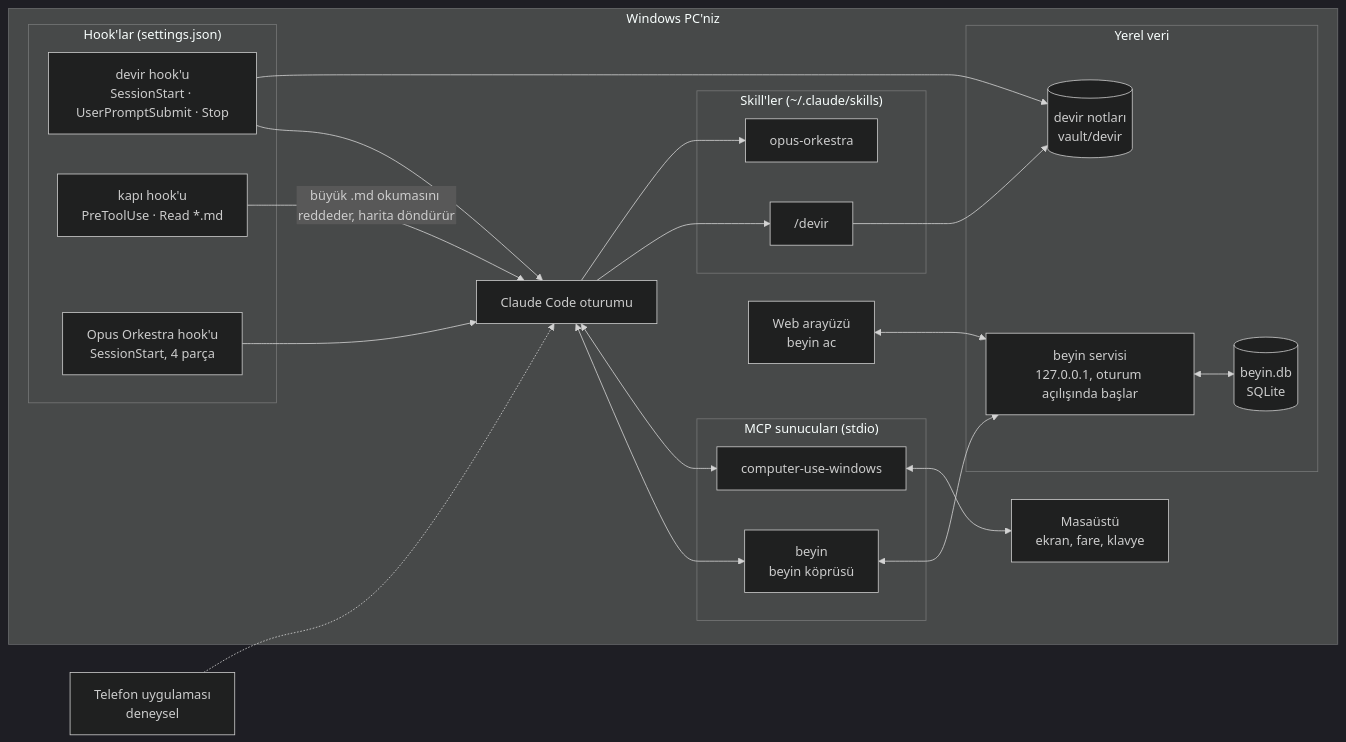
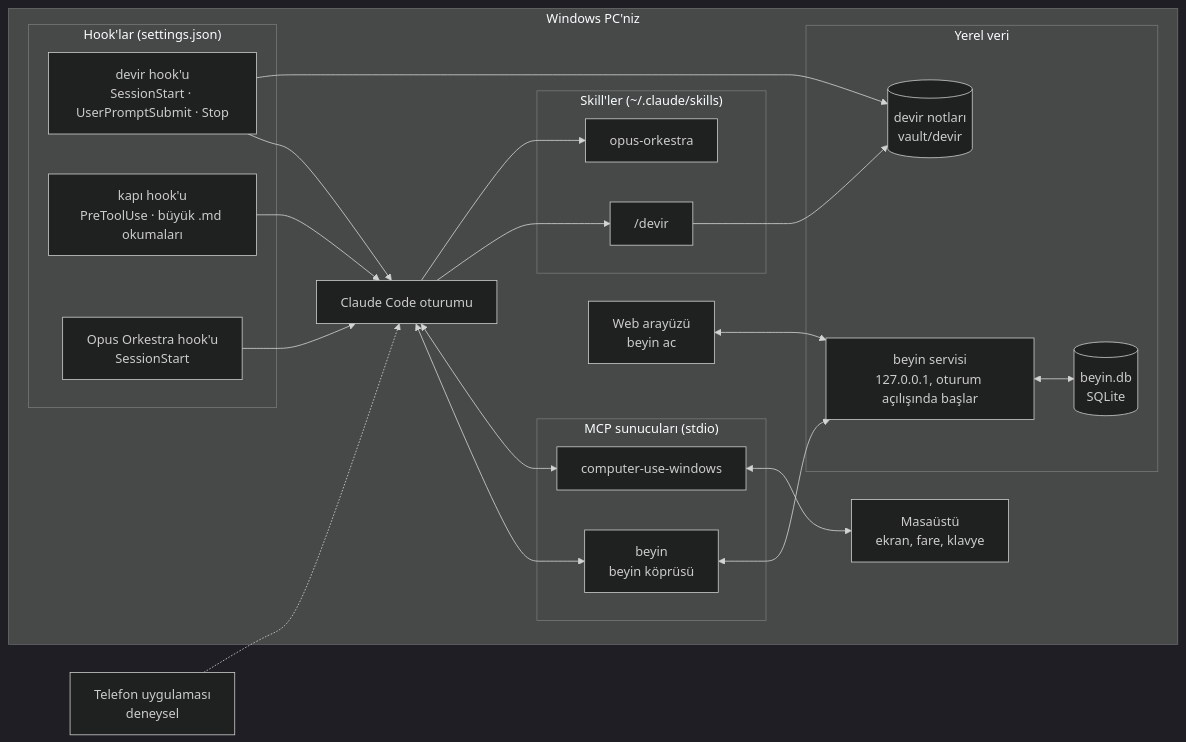
The diagram in README.tr.md (SelmanBoray/eren-kit), drawn with Mermaid (dark theme) before and after one commit. The commit also changed other lines of this file, not shown here.

````diff
--- a/README.tr.md
+++ b/README.tr.md
@@ -54,48 +167,48 @@
 ```mermaid
 flowchart LR
     subgraph PC["Windows PC'niz"]
         CC["Claude Code oturumu"]
 
         subgraph MCP["MCP sunucuları (stdio)"]
             BMCP["beyin<br/>beyin köprüsü"]
             CUW["computer-use-windows"]
         end
 
         subgraph HOOKS["Hook'lar (settings.json)"]
             HD["devir hook'u<br/>SessionStart · UserPromptSubmit · Stop"]
-            HK["kapı hook'u<br/>PreToolUse · Read *.md"]
-            HO["Opus Orkestra hook'u<br/>SessionStart, 4 parça"]
+            HK["kapı hook'u<br/>PreToolUse · büyük .md okumaları"]
+            HO["Opus Orkestra hook'u<br/>SessionStart"]
         end
 
         subgraph SKILLS["Skill'ler (~/.claude/skills)"]
             SD["/devir"]
             SO["opus-orkestra"]
         end
 
         subgraph DATA["Yerel veri"]
             SVC["beyin servisi<br/>127.0.0.1, oturum açılışında başlar"]
             DB[("beyin.db<br/>SQLite")]
             NOTES[("devir notları<br/>vault/devir")]
         end
 
         WEB["Web arayüzü<br/>beyin ac"]
         DESK["Masaüstü<br/>ekran, fare, klavye"]
     end
 
     PHONE["Telefon uygulaması<br/>deneysel"]
 
     CC <--> BMCP
     CC <--> CUW
     HD --> CC
+    HK --> CC
     HO --> CC
-    HK -->|"büyük .md okumasını reddeder, harita döndürür"| CC
     CC --> SD
     CC --> SO
     BMCP <--> SVC
     SVC <--> DB
     WEB <--> SVC
     HD --> NOTES
     SD --> NOTES
     CUW <--> DESK
     PHONE -.-> CC
 ```
````
